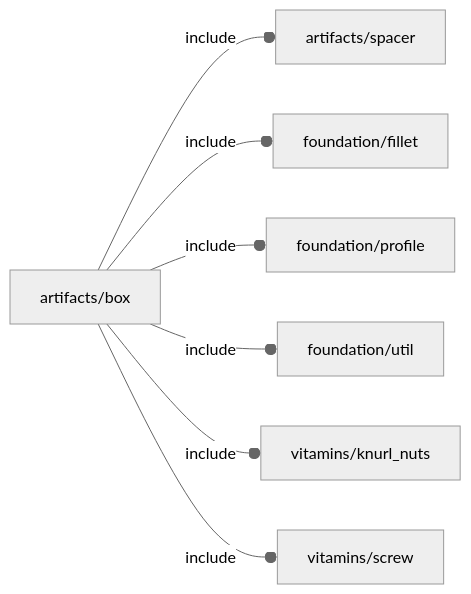
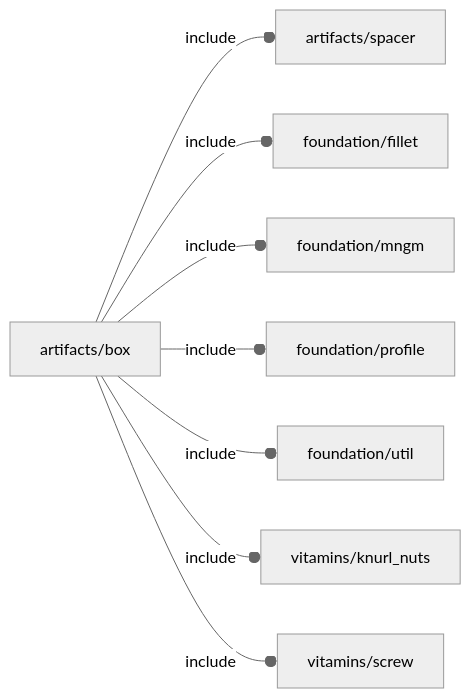
Before and after one commit to ggabbiani/OFL: the diagram in orthodocs/artifacts/box.md, drawn with Mermaid (neutral theme). The commit also changed 39 other files, not shown here.

````diff
--- a/orthodocs/artifacts/box.md
+++ b/orthodocs/artifacts/box.md
@@ -5,9 +5,10 @@
 ```mermaid
 graph LR
     A1[artifacts/box] --o|include| A2[artifacts/spacer]
     A1 --o|include| A3[foundation/fillet]
-    A1 --o|include| A4[foundation/profile]
-    A1 --o|include| A5[foundation/util]
-    A1 --o|include| A6[vitamins/knurl_nuts]
-    A1 --o|include| A7[vitamins/screw]
+    A1 --o|include| A4[foundation/mngm]
+    A1 --o|include| A5[foundation/profile]
+    A1 --o|include| A6[foundation/util]
+    A1 --o|include| A7[vitamins/knurl_nuts]
+    A1 --o|include| A8[vitamins/screw]
 ```
````
